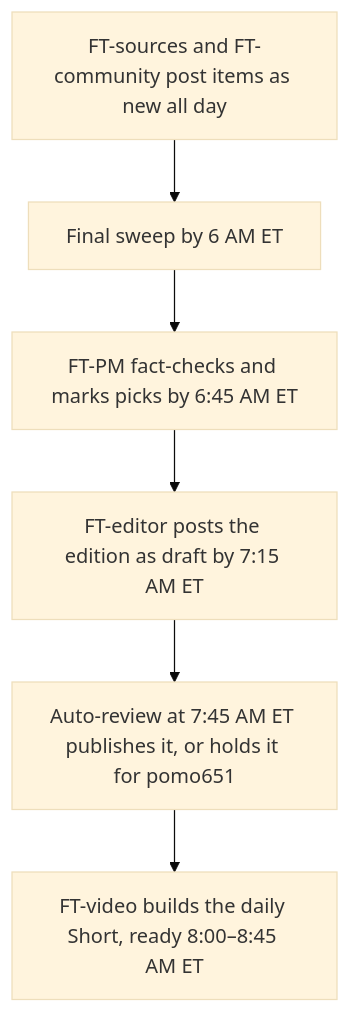
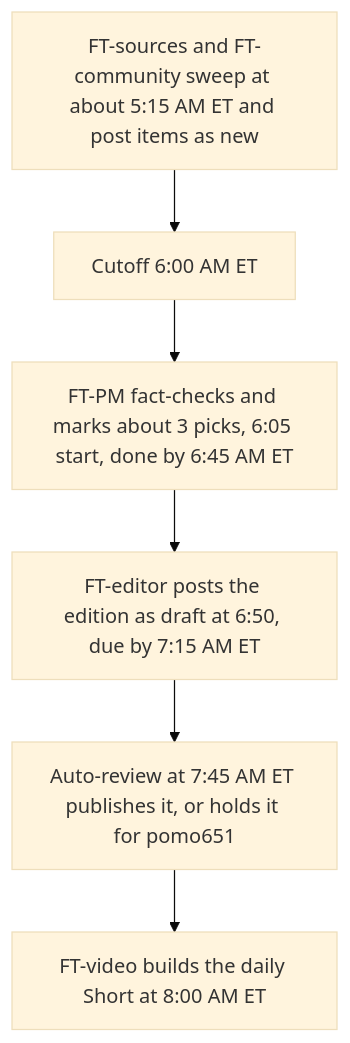
Before and after one commit to pomo651/prop-firm-newsletter: the diagram in README.md, drawn with Mermaid (base theme). The commit also changed other lines of this file and 2 other files, not shown here.

Commit message:
Docs: align README/TEAM schedule with WORKFLOW (7 days; picks start 6:05, done by 6:45)

````diff
--- a/README.md
+++ b/README.md
@@ -14,8 +14,8 @@
 ```mermaid
 flowchart TD
-  A[FT-sources and FT-community post items as new all day] --> B[Final sweep by 6 AM ET]
-  B --> C[FT-PM fact-checks and marks picks by 6:45 AM ET]
-  C --> D[FT-editor posts the edition as draft by 7:15 AM ET]
+  A[FT-sources and FT-community sweep at about 5:15 AM ET and post items as new] --> B[Cutoff 6:00 AM ET]
+  B --> C[FT-PM fact-checks and marks about 3 picks, 6:05 start, done by 6:45 AM ET]
+  C --> D[FT-editor posts the edition as draft at 6:50, due by 7:15 AM ET]
   D --> E[Auto-review at 7:45 AM ET publishes it, or holds it for pomo651]
-  E --> F[FT-video builds the daily Short, ready 8:00–8:45 AM ET]
+  E --> F[FT-video builds the daily Short at 8:00 AM ET]
 ```
````
